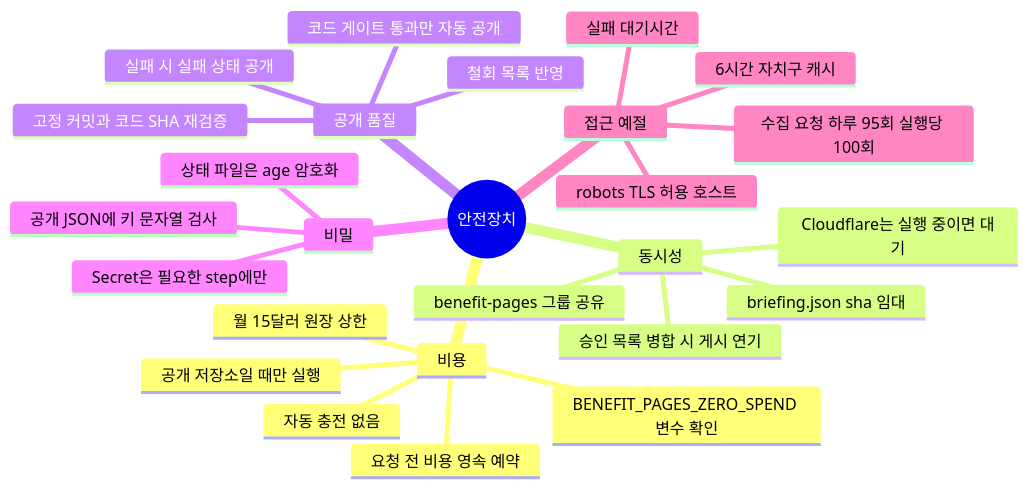
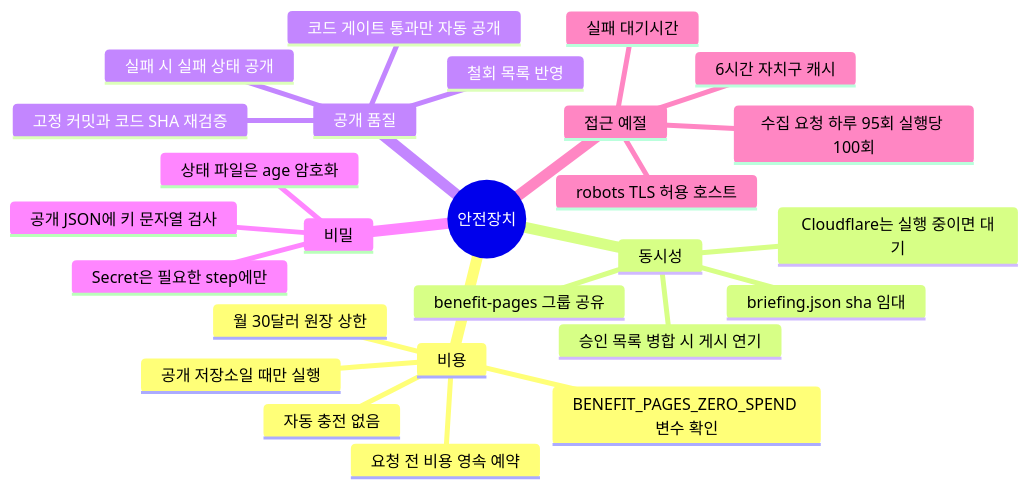
Before and after one commit to Kim-Taesu/benefit-monitor: diagram 13 of 13 in docs/architecture.md, drawn with Mermaid. The commit also changed other lines of this file and 17 other files, not shown here.

````diff
--- a/docs/architecture.md
+++ b/docs/architecture.md
@@ -409,29 +409,29 @@
 ```mermaid
 mindmap
   root((안전장치))
     비용
       공개 저장소일 때만 실행
       BENEFIT_PAGES_ZERO_SPEND 변수 확인
       요청 전 비용 영속 예약
-      월 15달러 원장 상한
+      월 30달러 원장 상한
       자동 충전 없음
     동시성
       benefit-pages 그룹 공유
       Cloudflare는 실행 중이면 대기
       briefing.json sha 임대
       승인 목록 병합 시 게시 연기
     공개 품질
       코드 게이트 통과만 자동 공개
       실패 시 실패 상태 공개
       고정 커밋과 코드 SHA 재검증
       철회 목록 반영
     비밀
       Secret은 필요한 step에만
       공개 JSON에 키 문자열 검사
       상태 파일은 age 암호화
     접근 예절
       robots TLS 허용 호스트
       6시간 자치구 캐시
       실패 대기시간
       수집 요청 하루 95회 실행당 100회
 ```
````
